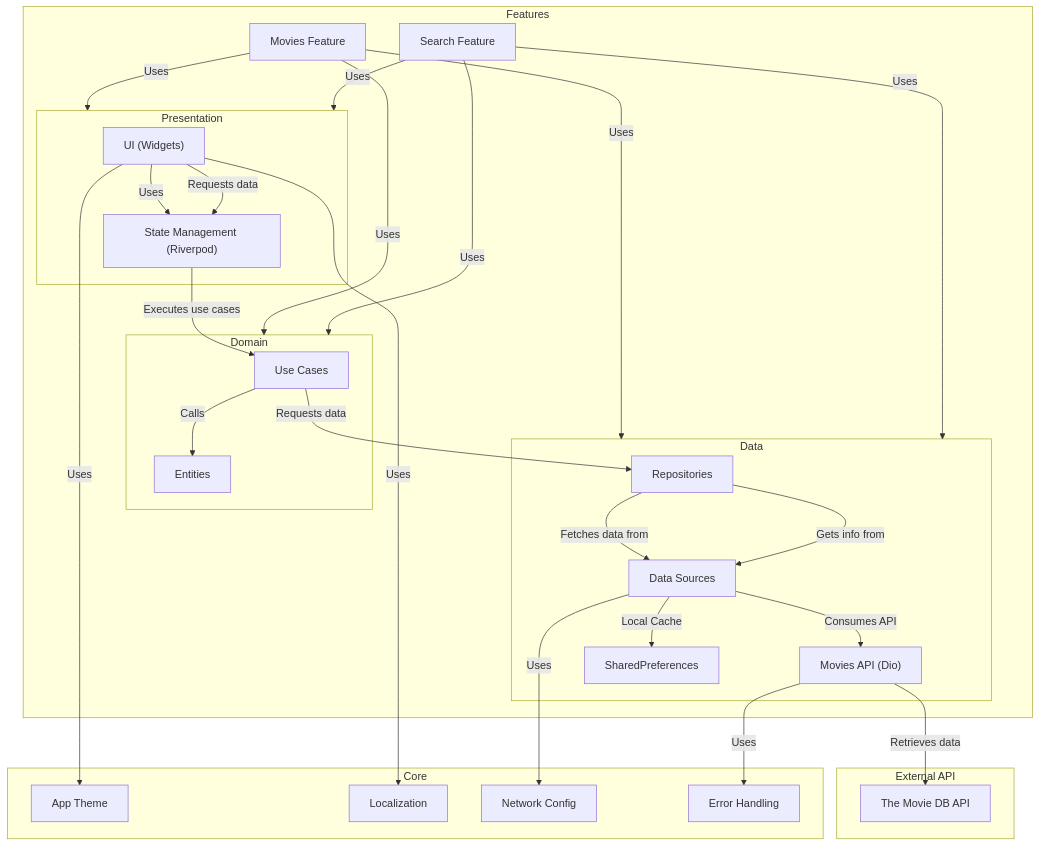
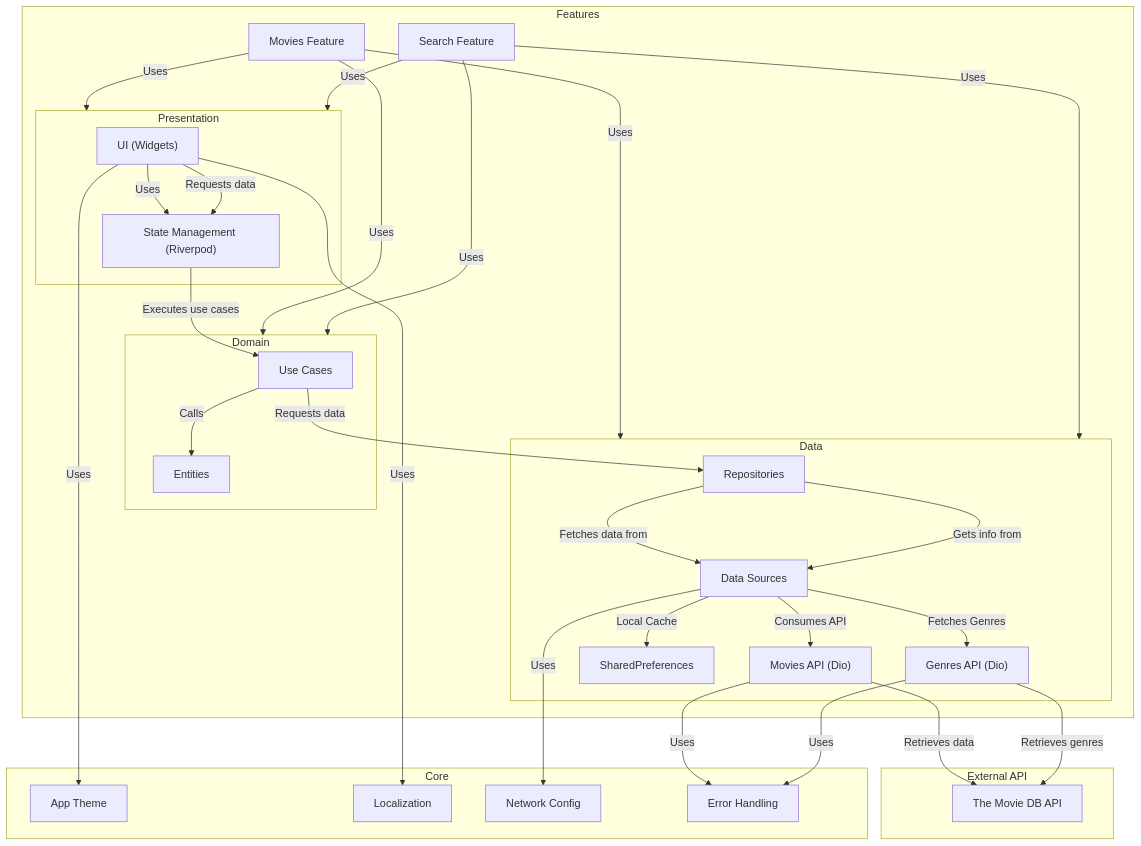
The diagram in docs/architecture_diagram.mmd (javikin/cinemania), drawn with Mermaid before and after one commit. The commit also changed 23 other files, not shown here.

Commit message:
feat: setup project structure and implemented data layer with API integration

```diff
--- a/docs/architecture_diagram.mmd
+++ b/docs/architecture_diagram.mmd
@@ -1,46 +1,49 @@
 graph TD;
     subgraph Presentation
         UI["UI (Widgets)"] -->|Uses| StateManagement["State Management (Riverpod)"]
     end
 
     subgraph Domain
         UseCases["Use Cases"] -->|Calls| Entities["Entities"]
     end
 
     subgraph Data
         Repositories["Repositories"] -->|Fetches data from| DataSources["Data Sources"]
         DataSources -->|Consumes API| API["Movies API (Dio)"]
         DataSources -->|Local Cache| LocalDB["SharedPreferences"]
+        DataSources -->|Fetches Genres| GenresApi["Genres API (Dio)"]
     end
 
     subgraph External API
         TheMovieDB["The Movie DB API"]
     end
 
     API -->|Retrieves data| TheMovieDB
+    GenresApi -->|Retrieves genres| TheMovieDB
 
     UI -->|Requests data| StateManagement
     StateManagement -->|Executes use cases| UseCases
     UseCases -->|Requests data| Repositories
     Repositories -->|Gets info from| DataSources
 
     subgraph Features
         Movies["Movies Feature"] -->|Uses| Presentation
         Movies -->|Uses| Domain
         Movies -->|Uses| Data
         Search["Search Feature"] -->|Uses| Presentation
         Search -->|Uses| Domain
         Search -->|Uses| Data
     end
 
     subgraph Core
         ThemeConfig["App Theme"]
         LocalizationConfig["Localization"]
         NetworkConfig["Network Config"]
         ErrorHandling["Error Handling"]
     end
 
     UI -->|Uses| ThemeConfig
     UI -->|Uses| LocalizationConfig
     DataSources -->|Uses| NetworkConfig
     API -->|Uses| ErrorHandling
+    GenresApi -->|Uses| ErrorHandling
```
